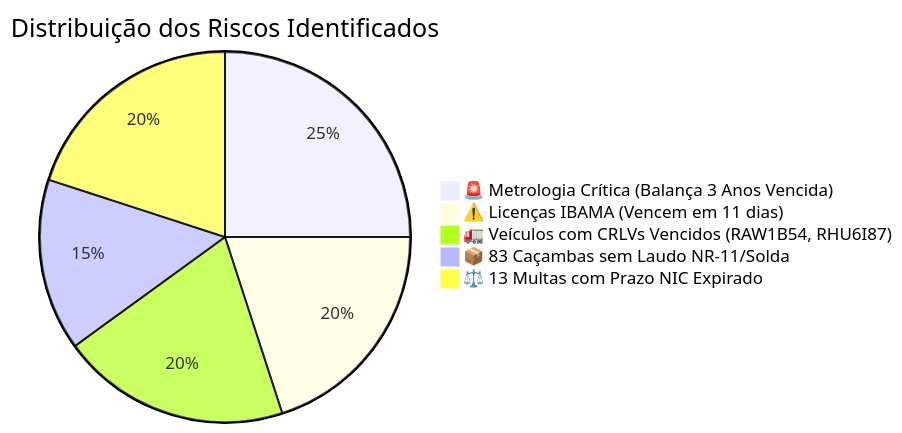
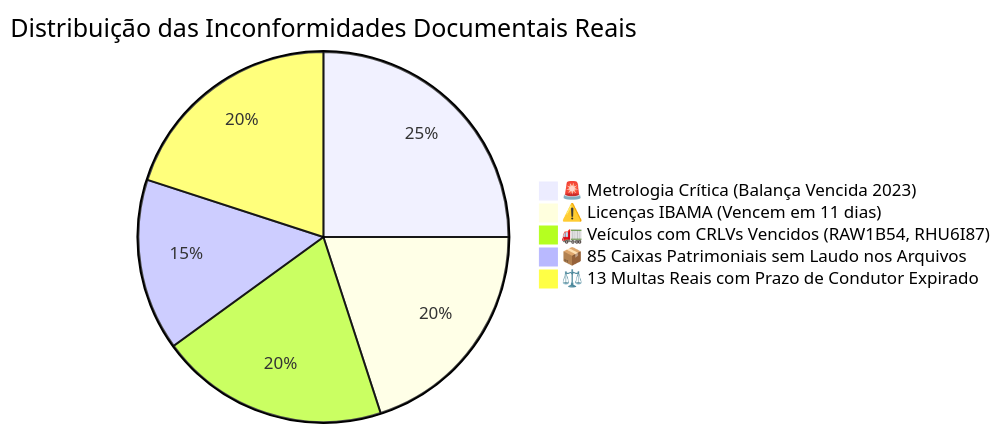
One commit to ambiparanalistao/analistaambipar changed the diagram in docs/DOSSIE_TOMADA_DECISAO_GESTOR.md. Above: the diagram before and after it, drawn with Mermaid. The commit also changed other lines of this file, not shown here.

````diff
--- a/docs/DOSSIE_TOMADA_DECISAO_GESTOR.md
+++ b/docs/DOSSIE_TOMADA_DECISAO_GESTOR.md
@@ -13,8 +14,8 @@
 ```mermaid
-pie title Distribuição dos Riscos Identificados
-    "🚨 Metrologia Crítica (Balança 3 Anos Vencida)" : 25
+pie title Distribuição das Inconformidades Documentais Reais
+    "🚨 Metrologia Crítica (Balança Vencida 2023)" : 25
     "⚠️ Licenças IBAMA (Vencem em 11 dias)" : 20
     "🚛 Veículos com CRLVs Vencidos (RAW1B54, RHU6I87)" : 20
-    "📦 83 Caçambas sem Laudo NR-11/Solda" : 15
-    "⚖️ 13 Multas com Prazo NIC Expirado" : 20
+    "📦 85 Caixas Patrimoniais sem Laudo nos Arquivos" : 15
+    "⚖️ 13 Multas Reais com Prazo de Condutor Expirado" : 20
 ```
````
